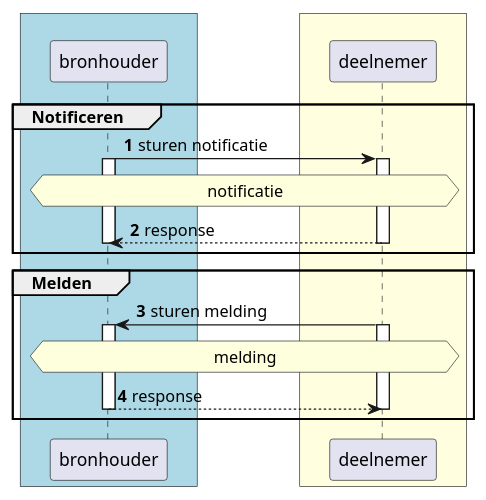
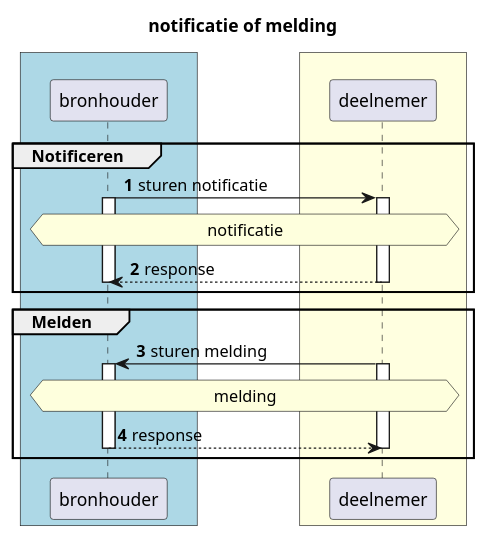
Before and after one commit to iStandaarden/iWlz-RequestForComment: the first of 2 diagrams in RFC/RFC0008 - Notificaties en Meldingen.md, drawn with PlantUML. The commit also changed other lines of this file and 3 other files, not shown here.

````diff
--- a/RFC/RFC0008 - Notificaties en Meldingen.md
+++ b/RFC/RFC0008 - Notificaties en Meldingen.md
@@ -30,31 +32,34 @@
 ```plantuml
+@startuml rfc008-01-notificatie_melding
+title notificatie of melding
 skinparam handwritten false
 skinparam participantpadding 20
 skinparam boxpadding 40
-autonumber 1
+autonumber 001
 box  #lightblue
 participant "bronhouder" as bs
 end box
 
 box  #lightyellow
 participant "deelnemer" as dbs
 end box
 
 Group Notificeren
     bs -> dbs : sturen notificatie
     hnote across:notificatie
     activate bs
     activate dbs
     return response
     deactivate bs
 end
 
 Group Melden
     dbs -> bs: sturen melding
     hnote across:melding
     activate bs
     activate dbs
     return response
     deactivate dbs
 end
+@enduml
 ```
````
